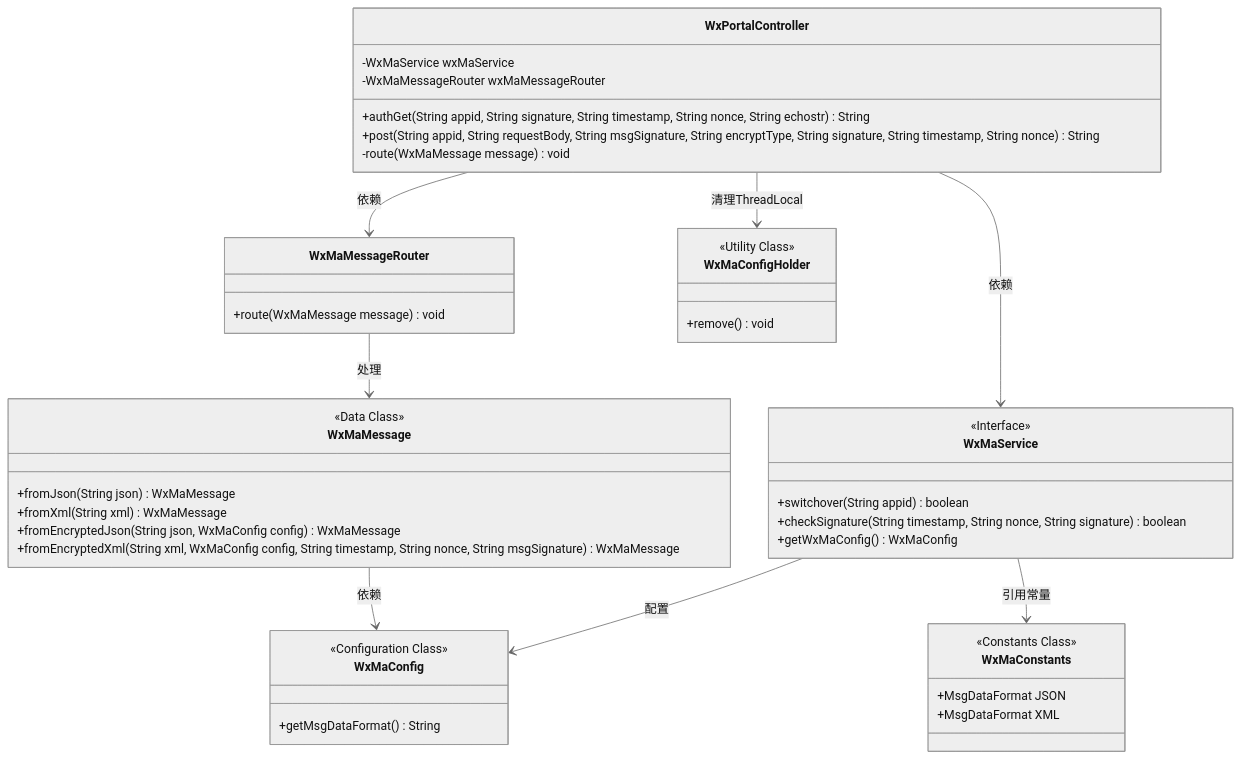
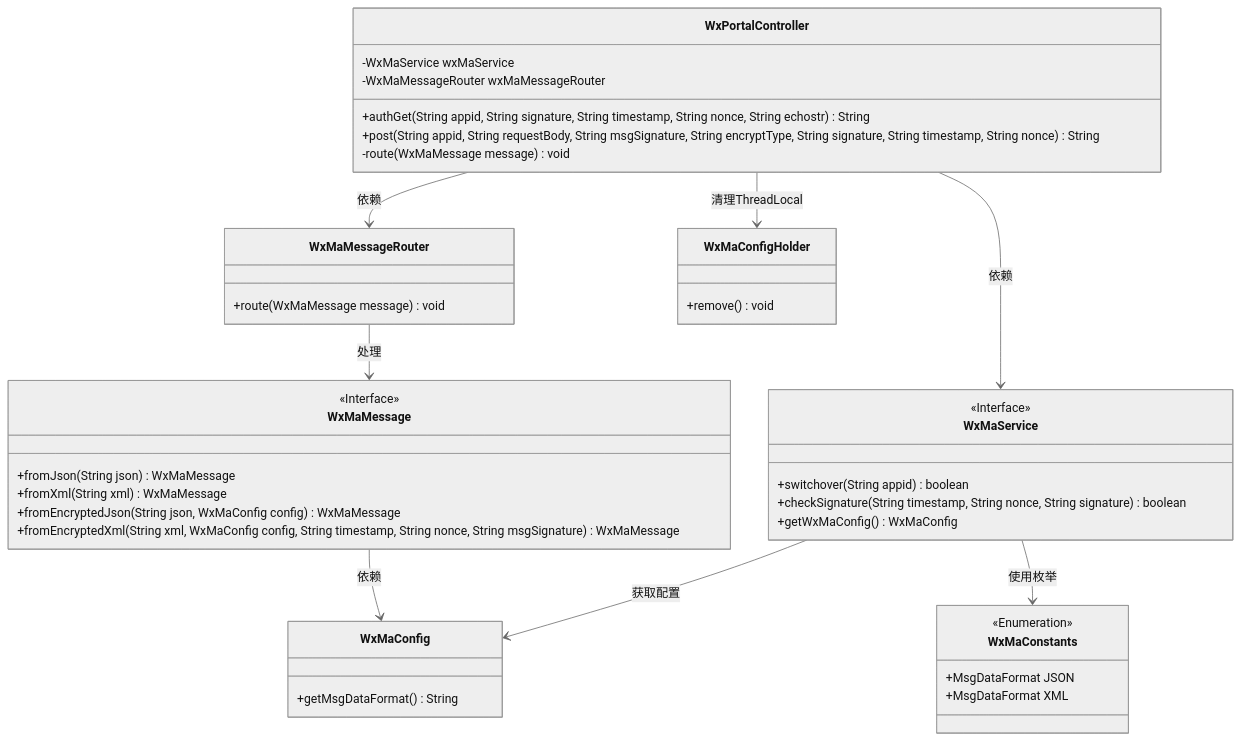
Before and after one commit to v-wjrong/rongwj666_weixin-java-miniapp-demo: the first of 3 diagrams in docs/zh/docs/src/main/java/com/github/binarywang/demo/wx/miniapp/controller/WxPortalController.md, drawn with Mermaid (neutral theme). The commit also changed other lines of this file and 46 other files, not shown here.

````diff
--- a/docs/zh/docs/src/main/java/com/github/binarywang/demo/wx/miniapp/controller/WxPortalController.md
+++ b/docs/zh/docs/src/main/java/com/github/binarywang/demo/wx/miniapp/controller/WxPortalController.md
@@ -36,53 +36,51 @@
 ```mermaid
 classDiagram
     class WxPortalController {
         -WxMaService wxMaService
         -WxMaMessageRouter wxMaMessageRouter
         +authGet(String appid, String signature, String timestamp, String nonce, String echostr) String
         +post(String appid, String requestBody, String msgSignature, String encryptType, String signature, String timestamp, String nonce) String
         -route(WxMaMessage message) void
     }
 
     class WxMaService {
         <<Interface>>
         +switchover(String appid) boolean
         +checkSignature(String timestamp, String nonce, String signature) boolean
         +getWxMaConfig() WxMaConfig
     }
 
     class WxMaMessageRouter {
         +route(WxMaMessage message) void
     }
 
     class WxMaMessage {
-        <<Data Class>>
+        <<Interface>>
         +fromJson(String json) WxMaMessage
         +fromXml(String xml) WxMaMessage
         +fromEncryptedJson(String json, WxMaConfig config) WxMaMessage
         +fromEncryptedXml(String xml, WxMaConfig config, String timestamp, String nonce, String msgSignature) WxMaMessage
     }
 
     class WxMaConfig {
-        <<Configuration Class>>
         +getMsgDataFormat() String
     }
 
+    class WxMaConfigHolder {
+        +remove() void
+    }
+
     class WxMaConstants {
-        <<Constants Class>>
+        <<Enumeration>>
         +MsgDataFormat JSON
         +MsgDataFormat XML
-    }
-
-    class WxMaConfigHolder {
-        <<Utility Class>>
-        +remove() void
     }
 
     WxPortalController --> WxMaService : 依赖
     WxPortalController --> WxMaMessageRouter : 依赖
     WxMaMessageRouter --> WxMaMessage : 处理
+    WxMaService --> WxMaConfig : 获取配置
     WxMaMessage --> WxMaConfig : 依赖
-    WxMaService --> WxMaConfig : 配置
-    WxMaService --> WxMaConstants : 引用常量
     WxPortalController --> WxMaConfigHolder : 清理ThreadLocal
+    WxMaService --> WxMaConstants : 使用枚举
 ```
````
